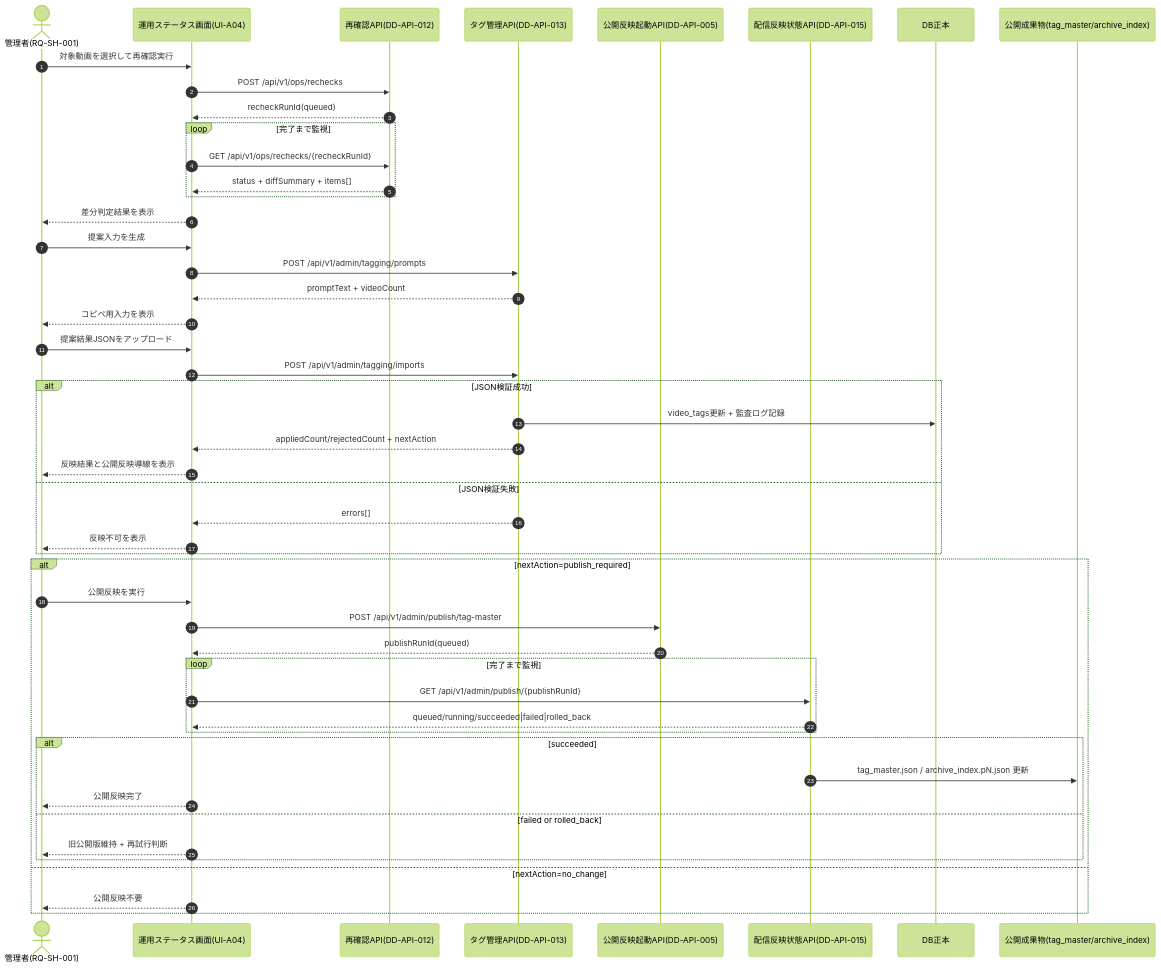
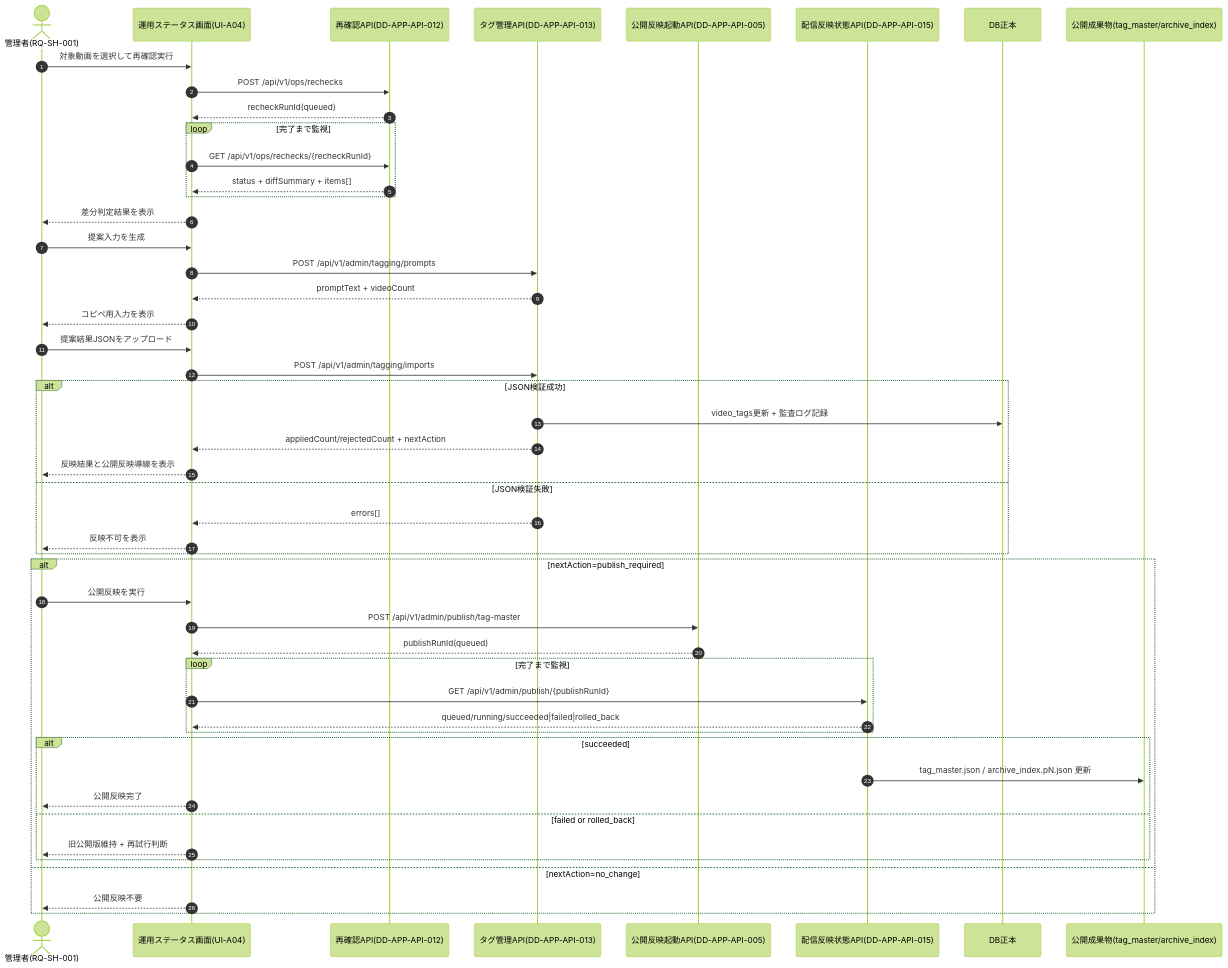
One commit to tsuji-tomonori/diopside-v3 changed the diagram in docs/6.受入テスト(AT)/21.受入テストシナリオ/AT-SCN-007.md. Above: the diagram before and after it, drawn with Mermaid (forest theme). The commit also changed other lines of this file and 470 other files, not shown here.

````diff
--- a/docs/6.受入テスト(AT)/21.受入テストシナリオ/AT-SCN-007.md
+++ b/docs/6.受入テスト(AT)/21.受入テストシナリオ/AT-SCN-007.md
@@ -53,55 +53,55 @@
 ```mermaid
 sequenceDiagram
   autonumber
   actor Admin as 管理者(RQ-SH-001)
   participant UI as 運用ステータス画面(UI-A04)
-  participant Recheck as 再確認API(DD-API-012)
-  participant Tagging as タグ管理API(DD-API-013)
-  participant PublishKick as 公開反映起動API(DD-API-005)
-  participant PublishStatus as 配信反映状態API(DD-API-015)
+  participant Recheck as 再確認API(DD-APP-API-012)
+  participant Tagging as タグ管理API(DD-APP-API-013)
+  participant PublishKick as 公開反映起動API(DD-APP-API-005)
+  participant PublishStatus as 配信反映状態API(DD-APP-API-015)
   participant DB as DB正本
   participant Static as 公開成果物(tag_master/archive_index)
 
   Admin->>UI: 対象動画を選択して再確認実行
   UI->>Recheck: POST /api/v1/ops/rechecks
   Recheck-->>UI: recheckRunId(queued)
   loop 完了まで監視
     UI->>Recheck: GET /api/v1/ops/rechecks/{recheckRunId}
     Recheck-->>UI: status + diffSummary + items[]
   end
   UI-->>Admin: 差分判定結果を表示
 
   Admin->>UI: 提案入力を生成
   UI->>Tagging: POST /api/v1/admin/tagging/prompts
   Tagging-->>UI: promptText + videoCount
   UI-->>Admin: コピペ用入力を表示
 
   Admin->>UI: 提案結果JSONをアップロード
   UI->>Tagging: POST /api/v1/admin/tagging/imports
   alt JSON検証成功
     Tagging->>DB: video_tags更新 + 監査ログ記録
     Tagging-->>UI: appliedCount/rejectedCount + nextAction
     UI-->>Admin: 反映結果と公開反映導線を表示
   else JSON検証失敗
     Tagging-->>UI: errors[]
     UI-->>Admin: 反映不可を表示
   end
 
   alt nextAction=publish_required
     Admin->>UI: 公開反映を実行
     UI->>PublishKick: POST /api/v1/admin/publish/tag-master
     PublishKick-->>UI: publishRunId(queued)
     loop 完了まで監視
       UI->>PublishStatus: GET /api/v1/admin/publish/{publishRunId}
       PublishStatus-->>UI: queued/running/succeeded|failed|rolled_back
     end
     alt succeeded
       PublishStatus->>Static: tag_master.json / archive_index.pN.json 更新
       UI-->>Admin: 公開反映完了
     else failed or rolled_back
       UI-->>Admin: 旧公開版維持 + 再試行判断
     end
   else nextAction=no_change
     UI-->>Admin: 公開反映不要
   end
 ```
````
